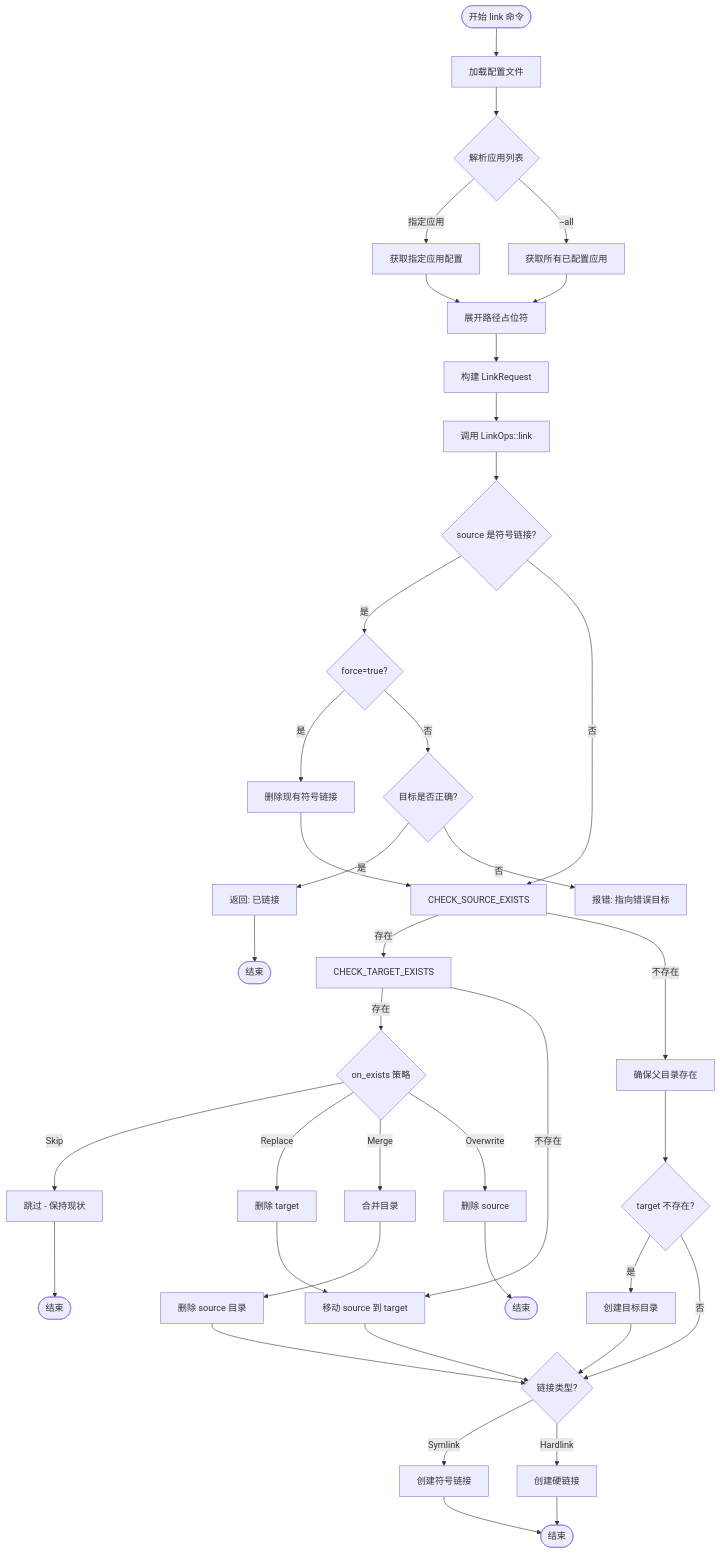
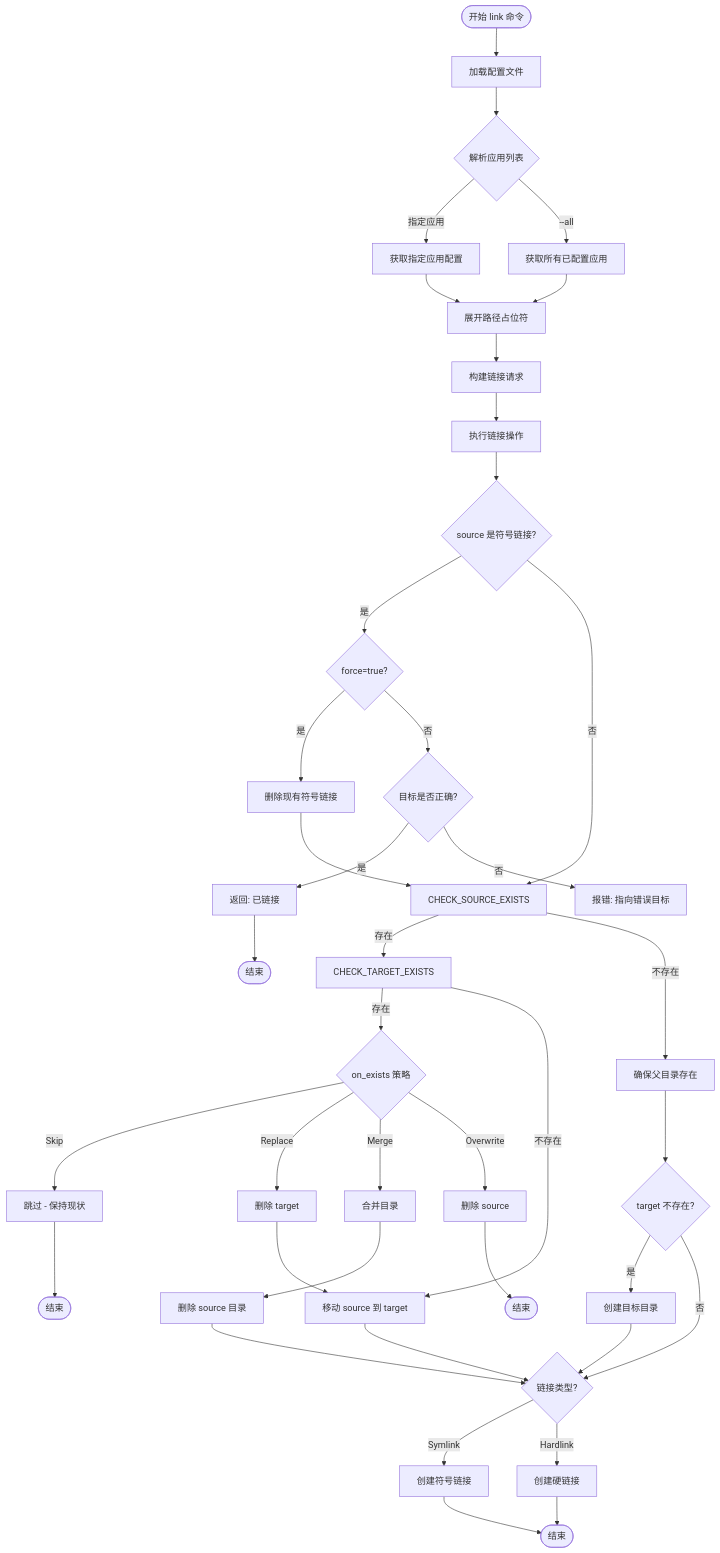
One commit to morning-start/link-disk changed the first of 7 diagrams in docs/workflows.md. Above: the diagram before and after it, drawn with Mermaid. The commit also changed other lines of this file, not shown here.

First line of the commit message:
docs: 更新文档中的流程图和说明文本

````diff
--- a/docs/workflows.md
+++ b/docs/workflows.md
@@ -17,42 +17,42 @@
 ```mermaid
 flowchart TD
     START([开始 link 命令]) --> LOAD_CONFIG[加载配置文件]
     LOAD_CONFIG --> PARSE_APPS{解析应用列表}
     PARSE_APPS -->|指定应用| GET_APP[获取指定应用配置]
     PARSE_APPS -->|--all| GET_ALL_APPS[获取所有已配置应用]
     GET_APP --> EXPAND_PATHS
     GET_ALL_APPS --> EXPAND_PATHS[展开路径占位符]
-    EXPAND_PATHS --> BUILD_REQUEST[构建 LinkRequest]
-    BUILD_REQUEST --> LINK_OPS[调用 LinkOps::link]
+    EXPAND_PATHS --> BUILD_REQUEST[构建链接请求]
+    BUILD_REQUEST --> LINK_OPS[执行链接操作]
     LINK_OPS --> CHECK_SYMLINK{source 是符号链接?}
     CHECK_SYMLINK -->|是| CHECK_FORCE{force=true?}
     CHECK_SYMLINK -->|否| CHECK_SOURCE_EXISTS
     CHECK_FORCE -->|是| REMOVE_SYMLINK[删除现有符号链接]
     REMOVE_SYMLINK --> CHECK_SOURCE_EXISTS
     CHECK_FORCE -->|否| CHECK_SYMLINK_TARGET{目标是否正确?}
     CHECK_SYMLINK_TARGET -->|是| ALREADY_LINKED[返回: 已链接]
     CHECK_SYMLINK_TARGET -->|否| ERROR_WRONG_TARGET[报错: 指向错误目标]
     CHECK_SOURCE_EXISTS -->|存在| CHECK_TARGET_EXISTS
     CHECK_SOURCE_EXISTS -->|不存在| ENSURE_PARENT[确保父目录存在]
     CHECK_TARGET_EXISTS -->|存在| ON_EXISTS_STRATEGY{on_exists 策略}
     CHECK_TARGET_EXISTS -->|不存在| MOVE_SOURCE[移动 source 到 target]
     ON_EXISTS_STRATEGY -->|Skip| SKIP[跳过 - 保持现状]
     ON_EXISTS_STRATEGY -->|Replace| REMOVE_TARGET[删除 target]
     ON_EXISTS_STRATEGY -->|Merge| MERGE_DIRS[合并目录]
     ON_EXISTS_STRATEGY -->|Overwrite| REMOVE_SOURCE[删除 source]
     REMOVE_TARGET --> MOVE_SOURCE
     MERGE_DIRS --> REMOVE_SOURCE_DIR[删除 source 目录]
     REMOVE_SOURCE_DIR --> CREATE_LINK
     REMOVE_SOURCE --> END([结束])
     ENSURE_PARENT --> CREATE_TARGET_DIR{target 不存在?}
     CREATE_TARGET_DIR -->|是| CREATE_DIR[创建目标目录]
     CREATE_TARGET_DIR -->|否| CREATE_LINK
     CREATE_DIR --> CREATE_LINK
     MOVE_SOURCE --> CREATE_LINK{链接类型?}
     CREATE_LINK -->|Symlink| CREATE_SYMLINK[创建符号链接]
     CREATE_LINK -->|Hardlink| CREATE_HARDLINK[创建硬链接]
     CREATE_SYMLINK --> END_SUCCESS([结束])
     CREATE_HARDLINK --> END_SUCCESS
     SKIP --> END_SKIP([结束])
     ALREADY_LINKED --> END_ALREADY([结束])
 ```
````
